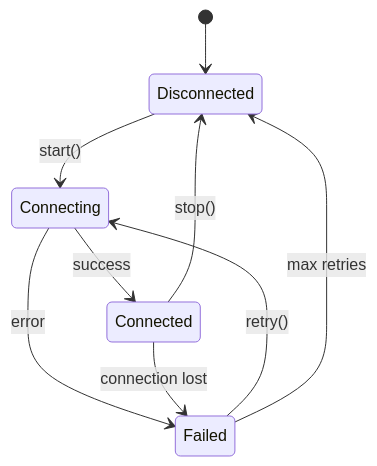
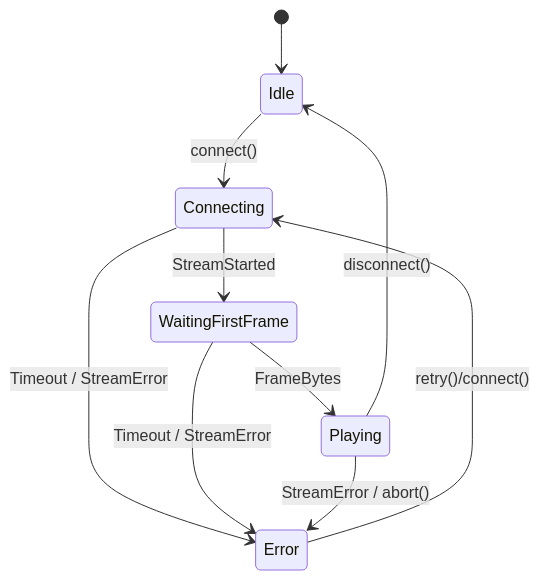
Before and after one commit to BBowdon00/Hydroponic_Monitor: the fourth of 4 diagrams in memory-bank/systemPatterns.md, drawn with Mermaid. The commit also changed other lines of this file and 3 other files, not shown here.

````diff
--- a/memory-bank/systemPatterns.md
+++ b/memory-bank/systemPatterns.md
@@ -289,11 +288,12 @@
 ```mermaid
 stateDiagram-v2
-    [*] --> Disconnected
-    Disconnected --> Connecting : start()
-    Connecting --> Connected : success
-    Connecting --> Failed : error
-    Failed --> Connecting : retry()
-    Connected --> Disconnected : stop()
-    Connected --> Failed : connection lost
-    Failed --> Disconnected : max retries
+    [*] --> Idle
+    Idle --> Connecting : connect()
+    Connecting --> WaitingFirstFrame : StreamStarted
+    Connecting --> Error : Timeout / StreamError
+    WaitingFirstFrame --> Playing : FrameBytes
+    WaitingFirstFrame --> Error : Timeout / StreamError
+    Playing --> Idle : disconnect()
+    Playing --> Error : StreamError / abort()
+    Error --> Connecting : retry()/connect()
 ```
````
